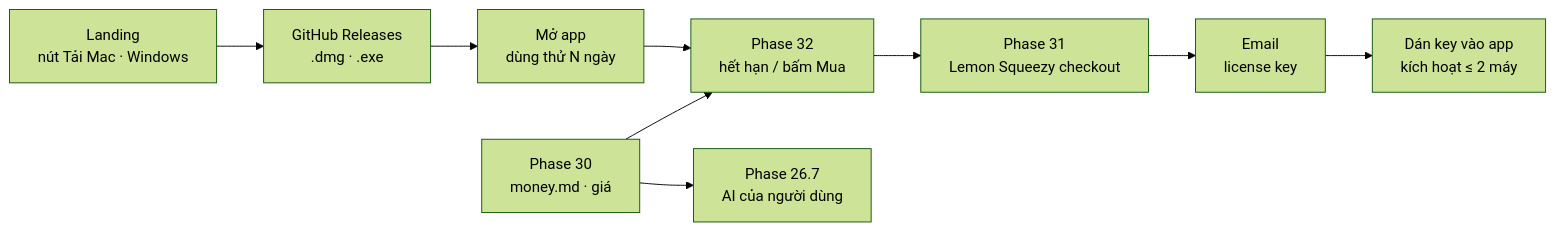
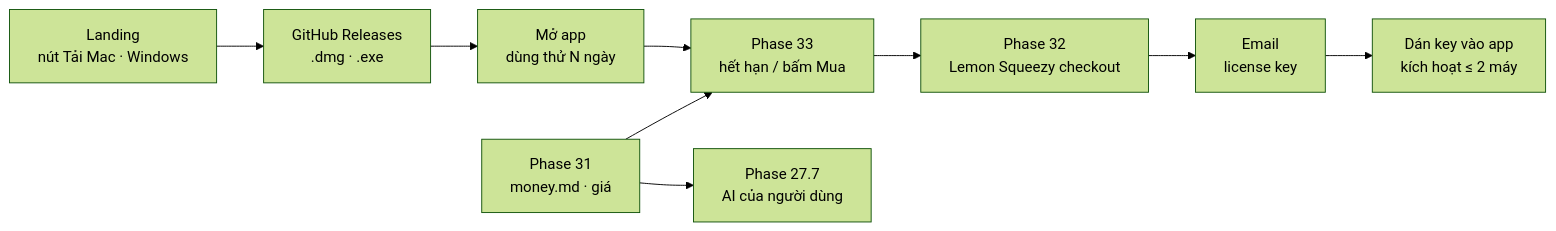
One commit to nvminhtu/niche-radar-docs changed the diagram in docs/web/version-10.md. Above: the diagram before and after it, drawn with Mermaid (forest theme). The commit also changed other lines of this file and 384 other files, not shown here.

````diff
--- a/docs/web/version-10.md
+++ b/docs/web/version-10.md
@@ -38,11 +38,11 @@
 ```mermaid
 flowchart LR
   L[Landing<br/>nút Tải Mac · Windows] --> D[GitHub Releases<br/>.dmg · .exe]
   D --> T[Mở app<br/>dùng thử N ngày]
-  T --> PW[Phase 32<br/>hết hạn / bấm Mua]
-  PW --> CO[Phase 31<br/>Lemon Squeezy checkout]
+  T --> PW[Phase 33<br/>hết hạn / bấm Mua]
+  PW --> CO[Phase 32<br/>Lemon Squeezy checkout]
   CO --> K[Email<br/>license key]
   K --> A[Dán key vào app<br/>kích hoạt ≤ 2 máy]
-  M[Phase 30<br/>money.md · giá] --> PW
-  M --> AI[Phase 26.7<br/>AI của người dùng]
+  M[Phase 31<br/>money.md · giá] --> PW
+  M --> AI[Phase 27.7<br/>AI của người dùng]
 ```
````
